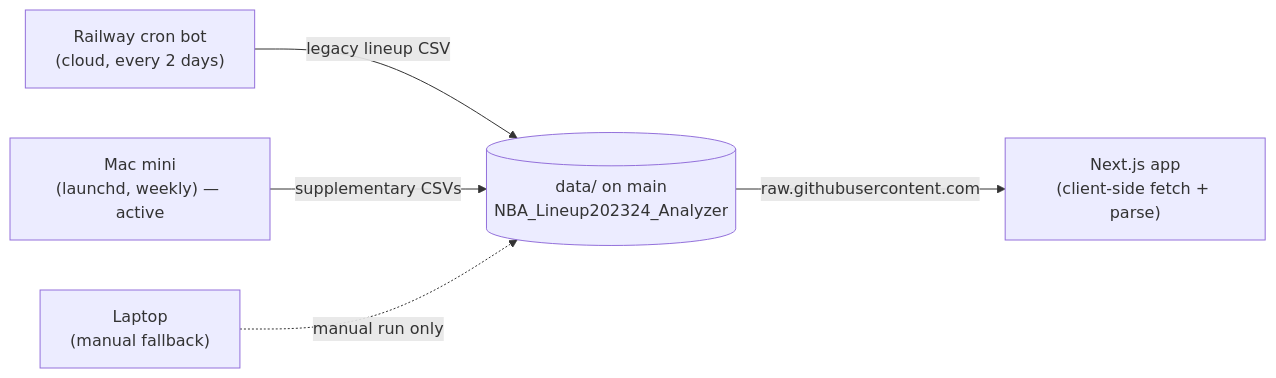
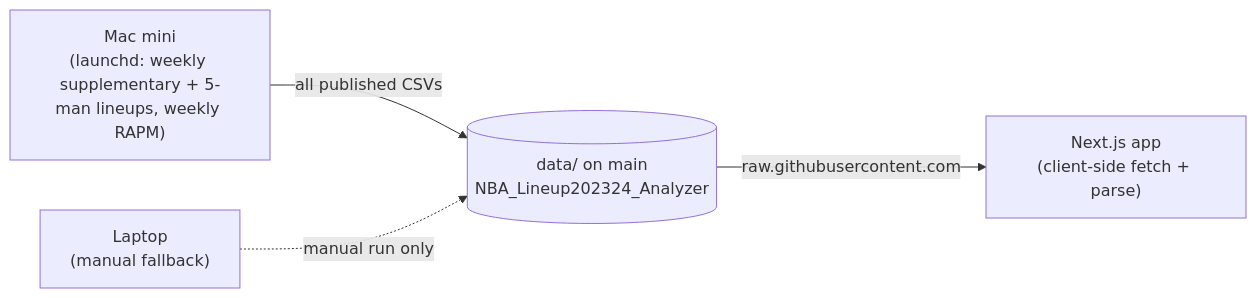
The diagram in docs/DATA_SOURCES.md (meharpalbasi/NBA_Lineup202324_Analyzer), drawn with Mermaid before and after one commit. The commit also changed other lines of this file and 18 other files, not shown here.

First line of the commit message:
Retire Railway: the Mac mini publishes the legacy 5-man lineup CSV (#37)

````diff
--- a/docs/DATA_SOURCES.md
+++ b/docs/DATA_SOURCES.md
@@ -16,12 +16,10 @@
 ```mermaid
 flowchart LR
-  R["Railway cron bot<br/>(cloud, every 2 days)"]
-  M["Mac mini<br/>(launchd, weekly) — active"]
+  M["Mac mini<br/>(launchd: weekly supplementary + 5-man lineups, weekly RAPM)"]
   L["Laptop<br/>(manual fallback)"]
   D[("data/ on main<br/>NBA_Lineup202324_Analyzer")]
   F["Next.js app<br/>(client-side fetch + parse)"]
-  R -->|legacy lineup CSV| D
-  M -->|supplementary CSVs| D
+  M -->|all published CSVs| D
   L -. manual run only .-> D
   D -->|raw.githubusercontent.com| F
 ```
````
